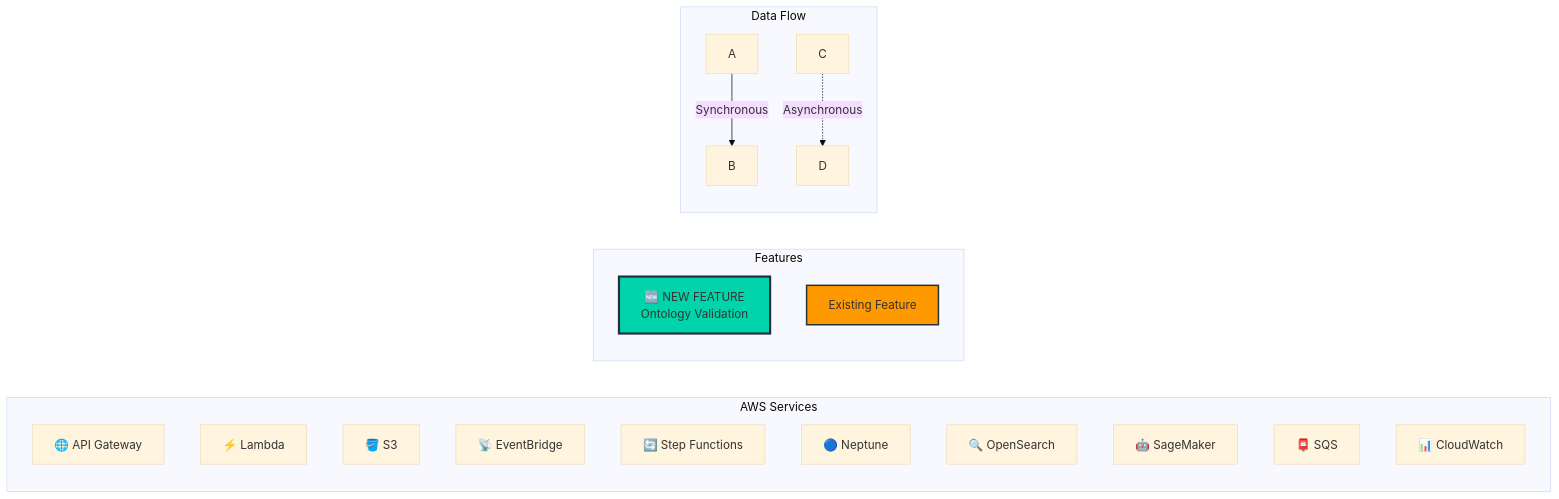
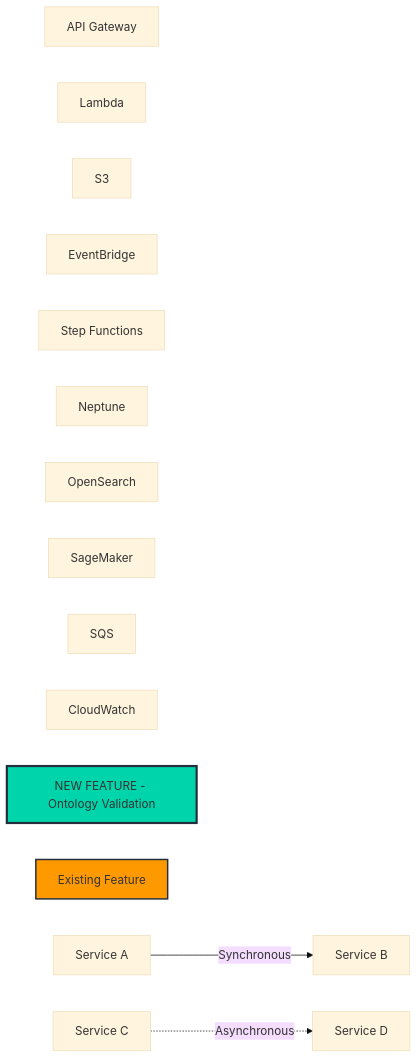
Before and after one commit to asko123/ontology_IAC_AWS_CDK: diagram 11 of 12 in ARCHITECTURE_DIAGRAM.md, drawn with Mermaid (base theme). The commit also changed other lines of this file, not shown here.

First line of the commit message:
Fix Mermaid syntax errors in architecture diagrams

````diff
--- a/ARCHITECTURE_DIAGRAM.md
+++ b/ARCHITECTURE_DIAGRAM.md
@@ -574,28 +409,25 @@
 ```mermaid
 graph LR
-    subgraph "AWS Services"
-        API[🌐 API Gateway]
-        Lambda[⚡ Lambda]
-        S3[🪣 S3]
-        EB[📡 EventBridge]
-        SF[🔄 Step Functions]
-        Nep[🔵 Neptune]
-        OS[🔍 OpenSearch]
-        SM[🤖 SageMaker]
-        SQS[📮 SQS]
-        CW[📊 CloudWatch]
-    end
+    API["API Gateway"]
+    Lambda["Lambda"]
+    S3["S3"]
+    EB["EventBridge"]
+    SF["Step Functions"]
+    Nep["Neptune"]
+    OS["OpenSearch"]
+    SM["SageMaker"]
+    SQS2["SQS"]
+    CW2["CloudWatch"]
+    New["NEW FEATURE - Ontology Validation"]
+    Existing["Existing Feature"]
+    A["Service A"]
+    B["Service B"]
+    C["Service C"]
+    D["Service D"]
 
-    subgraph "Features"
-        New[🆕 NEW FEATURE<br/>Ontology Validation]
-        Existing[Existing Feature]
-    end
-
-    subgraph "Data Flow"
-        A -->|Synchronous| B
-        C -.->|Asynchronous| D
-    end
+    A -->|Synchronous| B
+    C -.->|Asynchronous| D
 
     style New fill:#00D4AA,stroke:#232F3E,stroke-width:3px
     style Existing fill:#FF9900,stroke:#232F3E,stroke-width:2px
 ```
````
